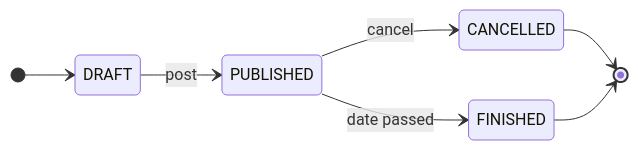
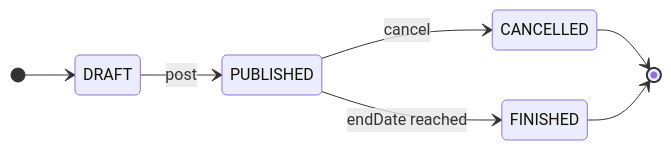
Before and after one commit to youknowedo/oop-project: the fourth of 6 diagrams in ARCHITECTURE.md, drawn with Mermaid. The commit also changed other lines of this file and 3 other files, not shown here.

````diff
--- a/ARCHITECTURE.md
+++ b/ARCHITECTURE.md
@@ -243,10 +244,10 @@
 ```mermaid
 stateDiagram-v2
     direction LR
     [*] --> DRAFT
     DRAFT --> PUBLISHED : post
     PUBLISHED --> CANCELLED : cancel
-    PUBLISHED --> FINISHED : date passed
+    PUBLISHED --> FINISHED : endDate reached
     CANCELLED --> [*]
     FINISHED --> [*]
 ```
````
